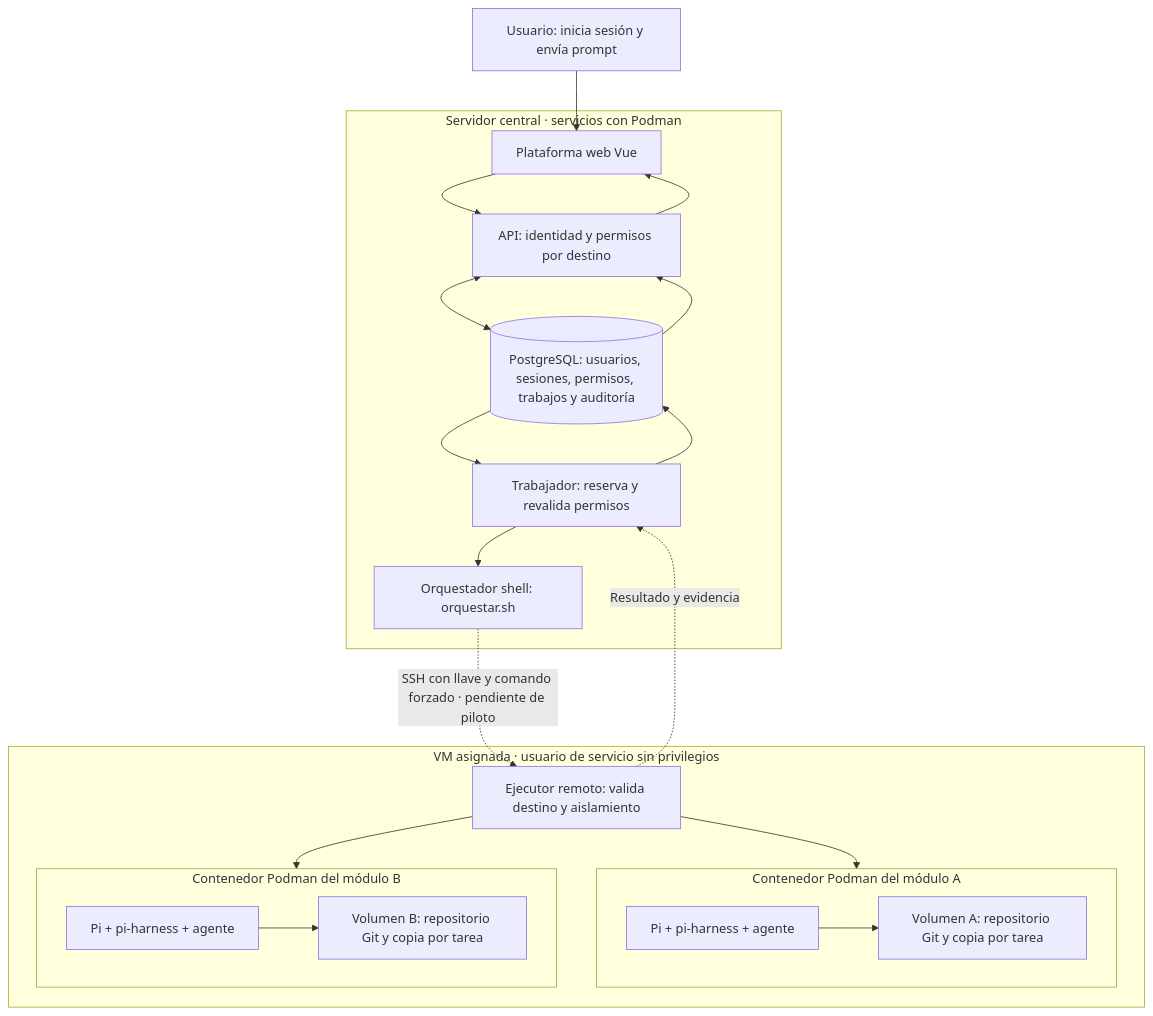
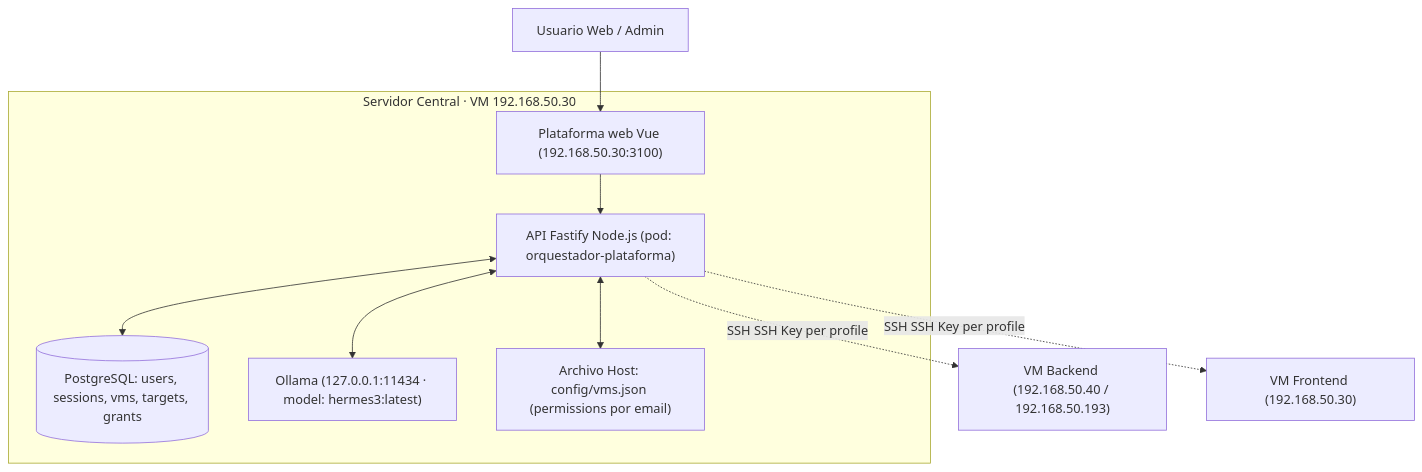
Before and after one commit to CarlosPull/prueba_agentes: the first of 2 diagrams in README.md, drawn with Mermaid. The commit also changed other lines of this file and 7 other files, not shown here.

Commit message:
feat: add vms-sync module for bidirectional synchronization between PostgreSQL and vms.json config file

````diff
--- a/README.md
+++ b/README.md
@@ -20,26 +20,12 @@
 ```mermaid
 flowchart TD
-    U["Usuario: inicia sesión y envía prompt"] --> WEB["Plataforma web Vue"]
-    subgraph CENTRAL["Servidor central · servicios con Podman"]
-        WEB --> API["API: identidad y permisos por destino"]
-        API <--> DB[("PostgreSQL: usuarios, sesiones, permisos, trabajos y auditoría")]
-        DB --> W["Trabajador: reserva y revalida permisos"]
-        W --> O["Orquestador shell: orquestar.sh"]
+    U["Usuario Web / Admin"] --> WEB["Plataforma web Vue (192.168.50.30:3100)"]
+    subgraph CENTRAL["Servidor Central · VM 192.168.50.30"]
+        WEB --> API["API Fastify Node.js (pod: orquestador-plataforma)"]
+        API <--> DB[("PostgreSQL: users, sessions, vms, targets, grants")]
+        API <--> OLLAMA["Ollama (127.0.0.1:11434 · model: hermes3:latest)"]
+        API <--> VMSJSON["Archivo Host: config/vms.json (permissions por email)"]
     end
-    O -. "SSH con llave y comando forzado · pendiente de piloto" .-> EXEC
-    subgraph VM["VM asignada · usuario de servicio sin privilegios"]
-        EXEC["Ejecutor remoto: valida destino y aislamiento"]
-        EXEC --> A
-        EXEC --> B
-        subgraph A["Contenedor Podman del módulo A"]
-            PA["Pi + pi-harness + agente"] --> RA["Volumen A: repositorio Git y copia por tarea"]
-        end
-        subgraph B["Contenedor Podman del módulo B"]
-            PB["Pi + pi-harness + agente"] --> RB["Volumen B: repositorio Git y copia por tarea"]
-        end
-    end
-    EXEC -. "Resultado y evidencia" .-> W
-    W --> DB
-    DB --> API
-    API --> WEB
+    API -. "SSH SSH Key per profile" .-> VM1["VM Backend (192.168.50.40 / 192.168.50.193)"]
+    API -. "SSH SSH Key per profile" .-> VM2["VM Frontend (192.168.50.30)"]
 ```
````
